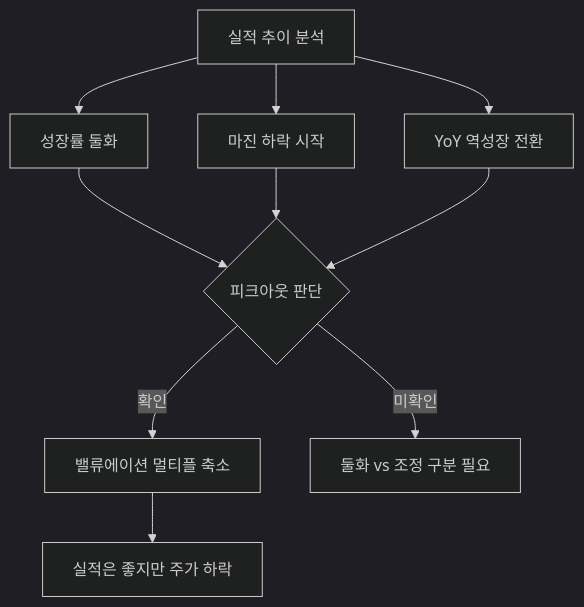
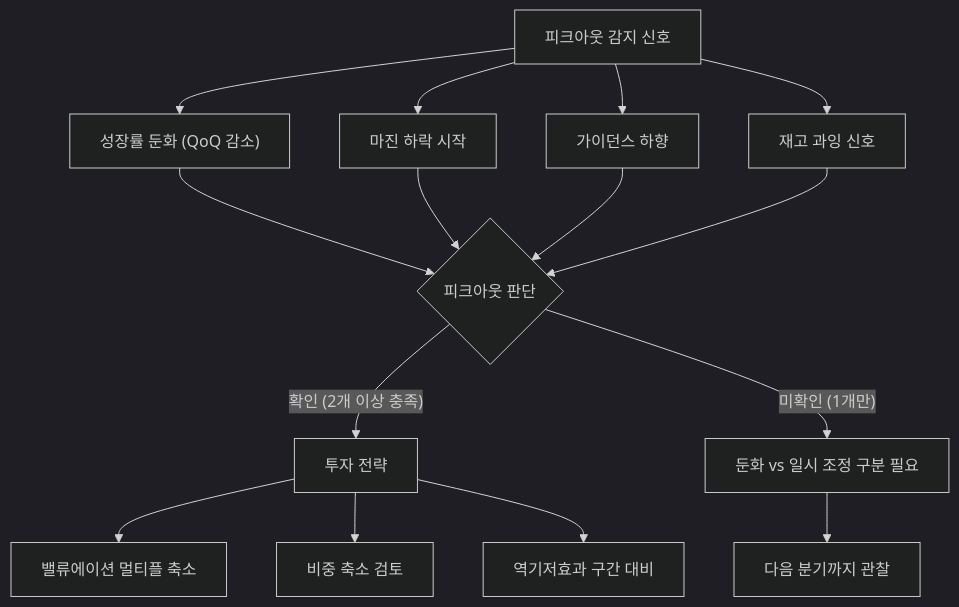
One commit to yeongseon/stock-visual-note changed the diagram in content/stock-terms/ko/level-08-industry-macro/peak-out.md. Above: the diagram before and after it, drawn with Mermaid (dark theme). The commit also changed other lines of this file and 9 other files, not shown here.

Commit message:
content: rewrite level-08 (10 articles) — richer diagrams, realistic scenarios, blog tone

````diff
--- a/content/stock-terms/ko/level-08-industry-macro/peak-out.md
+++ b/content/stock-terms/ko/level-08-industry-macro/peak-out.md
@@ -42,13 +43,18 @@
 ```mermaid
 graph TD
-    A["실적 추이 분석"]
-    A --> B["성장률 둘화"]
+    A["피크아웃 감지 신호"]
+    A --> B["성장률 둔화 (QoQ 감소)"]
     A --> C["마진 하락 시작"]
-    A --> D["YoY 역성장 전환"]
-    B --> E{"피크아웃 판단"}
-    C --> E
-    D --> E
-    E -->|"확인"| F["밸류에이션 멀티플 축소"]
-    F --> G["실적은 좋지만 주가 하락"]
-    E -->|"미확인"| H["둘화 vs 조정 구분 필요"]
+    A --> D["가이던스 하향"]
+    A --> E["재고 과잉 신호"]
+    B --> F{"피크아웃 판단"}
+    C --> F
+    D --> F
+    E --> F
+    F -->|"확인 (2개 이상 충족)"| G["투자 전략"]
+    F -->|"미확인 (1개만)"| H["둔화 vs 일시 조정 구분 필요"]
+    G --> G1["밸류에이션 멀티플 축소"]
+    G --> G2["비중 축소 검토"]
+    G --> G3["역기저효과 구간 대비"]
+    H --> H1["다음 분기까지 관찰"]
 ```
````
